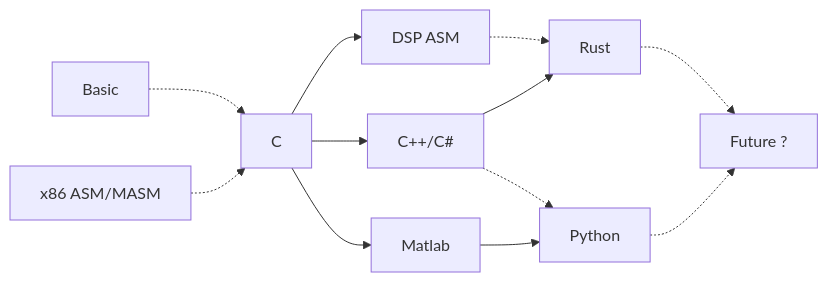
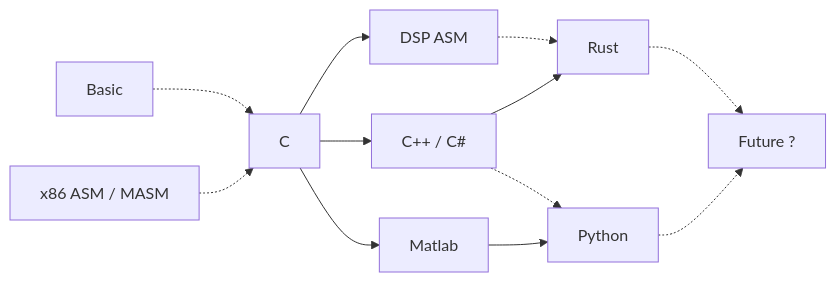
Before and after one commit to cod2colt/Cod2Colt: the first of 3 diagrams in README.md, drawn with Mermaid. The commit also changed 1 other file, not shown here.

Commit message:
highlight input
highlight the input frames because the low contrast on Windows.

````diff
--- a/README.md
+++ b/README.md
@@ -43,19 +43,19 @@
 ```mermaid
 flowchart LR
     0["Basic"]
-    A["x86 ASM/MASM"]
+    A["x86 ASM / MASM"]
     B["C"]
     C["DSP ASM"]
-    D["C++/C#"]
+    D["C++ / C#"]
     E["Python"]
     F["Rust"]
     G["Matlab"]
     H["Future ?"]
 
     0 -.-> B 
     A -.-> B --> C -.-> F -.-> H
     B --> D --> F
     D -.-> E -.-> H
     B --> G --> E
     
 ```
````
